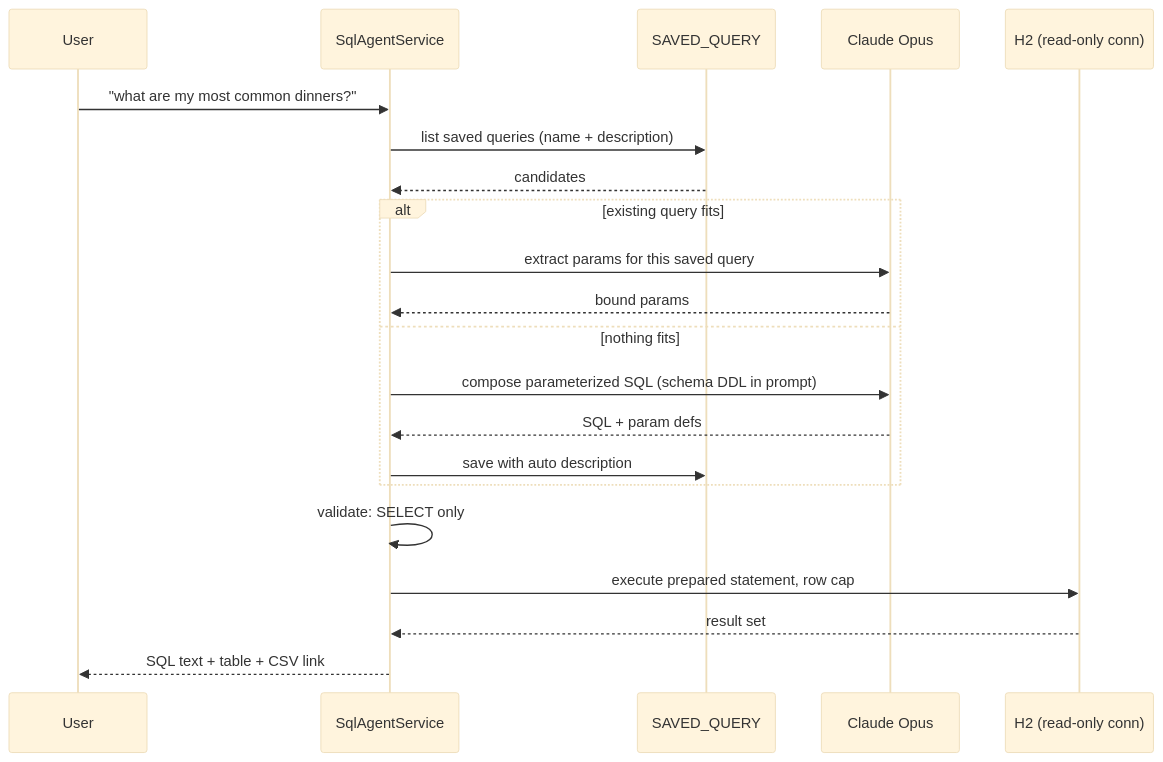
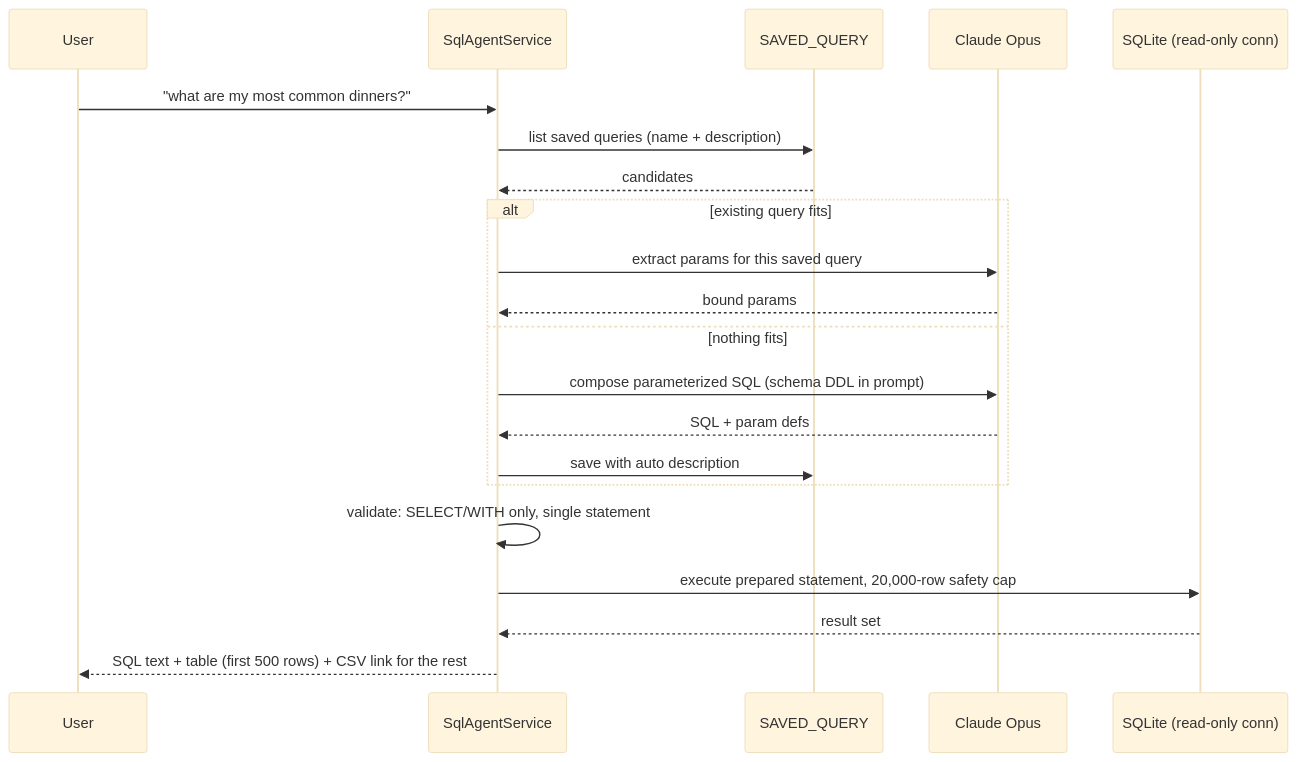
The fifth of 6 diagrams in SPEC.md (rodmxw11/chat-diet-open), drawn with Mermaid (base theme) before and after one commit. The commit also changed other lines of this file, not shown here.

````diff
--- a/SPEC.md
+++ b/SPEC.md
@@ -652,24 +535,24 @@
 ```mermaid
 sequenceDiagram
     participant U as User
     participant A as SqlAgentService
     participant S as SAVED_QUERY
     participant O as Claude Opus
-    participant D as H2 (read-only conn)
+    participant D as SQLite (read-only conn)
 
     U->>A: "what are my most common dinners?"
     A->>S: list saved queries (name + description)
     S-->>A: candidates
     alt existing query fits
         A->>O: extract params for this saved query
         O-->>A: bound params
     else nothing fits
         A->>O: compose parameterized SQL (schema DDL in prompt)
         O-->>A: SQL + param defs
         A->>S: save with auto description
     end
-    A->>A: validate: SELECT only
-    A->>D: execute prepared statement, row cap
+    A->>A: validate: SELECT/WITH only, single statement
+    A->>D: execute prepared statement, 20,000-row safety cap
     D-->>A: result set
-    A-->>U: SQL text + table + CSV link
+    A-->>U: SQL text + table (first 500 rows) + CSV link for the rest
 ```
````
